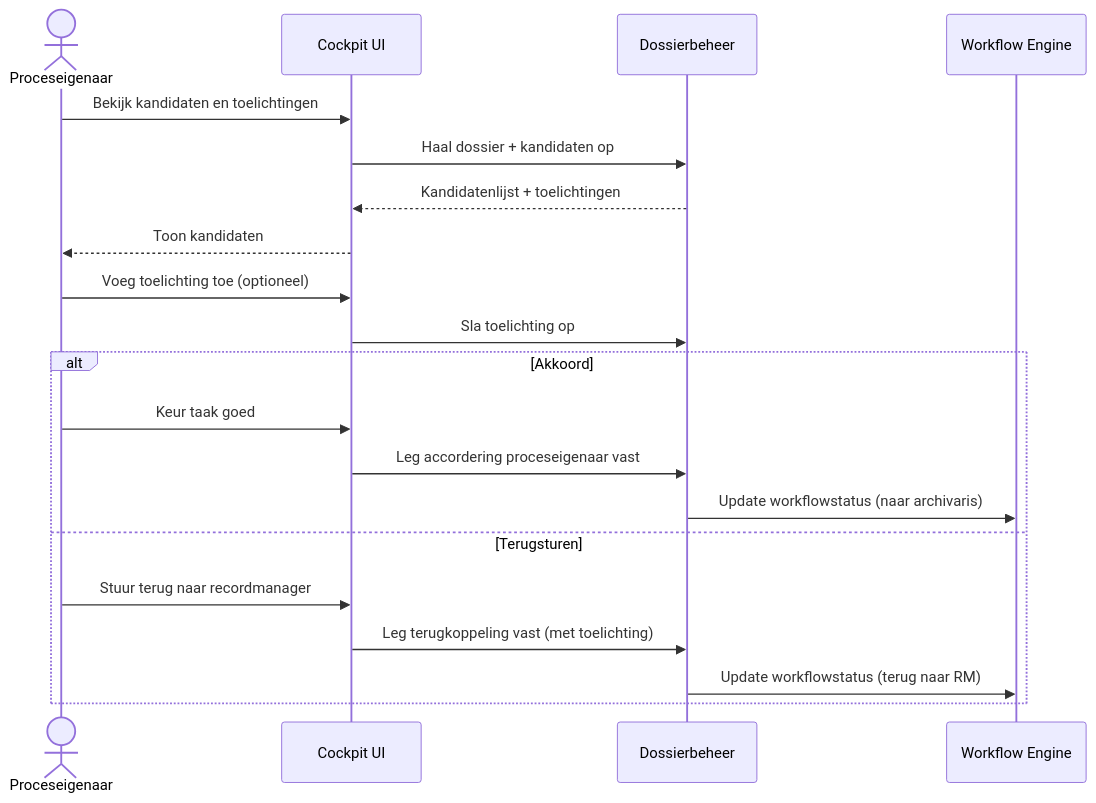
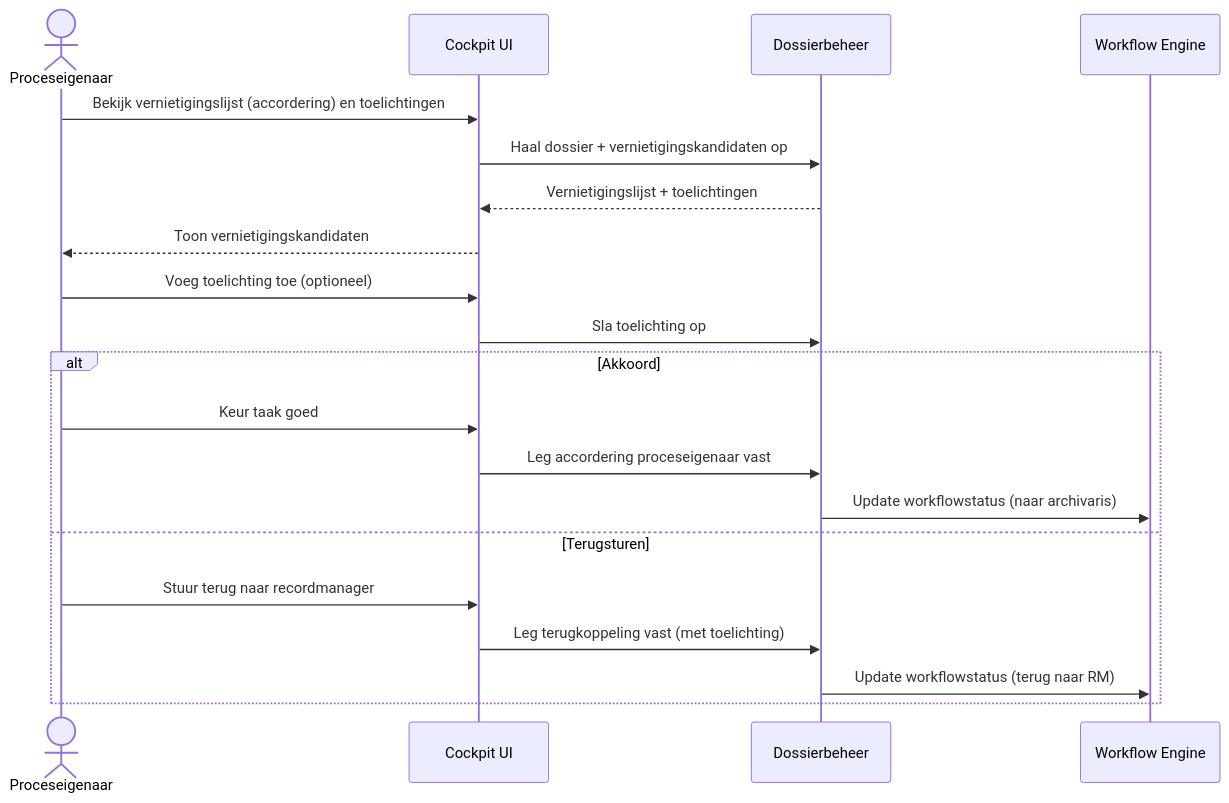
The fourth of 11 diagrams in architectuur/sequence-diagrammen.md (GemeenteArnhem/Vernietigingscockpit), drawn with Mermaid before and after one commit. The commit also changed other lines of this file and 48 other files, not shown here.

````diff
--- a/architectuur/sequence-diagrammen.md
+++ b/architectuur/sequence-diagrammen.md
@@ -100,25 +100,25 @@
 ```mermaid
 sequenceDiagram
     actor PO as Proceseigenaar
     participant UI as Cockpit UI
     participant D as Dossierbeheer
     participant WF as Workflow Engine
 
-    PO ->> UI: Bekijk kandidaten en toelichtingen
-    UI ->> D: Haal dossier + kandidaten op
-    D -->> UI: Kandidatenlijst + toelichtingen
-    UI -->> PO: Toon kandidaten
+    PO ->> UI: Bekijk vernietigingslijst (accordering) en toelichtingen
+    UI ->> D: Haal dossier + vernietigingskandidaten op
+    D -->> UI: Vernietigingslijst + toelichtingen
+    UI -->> PO: Toon vernietigingskandidaten
 
     PO ->> UI: Voeg toelichting toe (optioneel)
     UI ->> D: Sla toelichting op
 
     alt Akkoord
         PO ->> UI: Keur taak goed
         UI ->> D: Leg accordering proceseigenaar vast
         D ->> WF: Update workflowstatus (naar archivaris)
     else Terugsturen
         PO ->> UI: Stuur terug naar recordmanager
         UI ->> D: Leg terugkoppeling vast (met toelichting)
         D ->> WF: Update workflowstatus (terug naar RM)
     end
 ```
````
